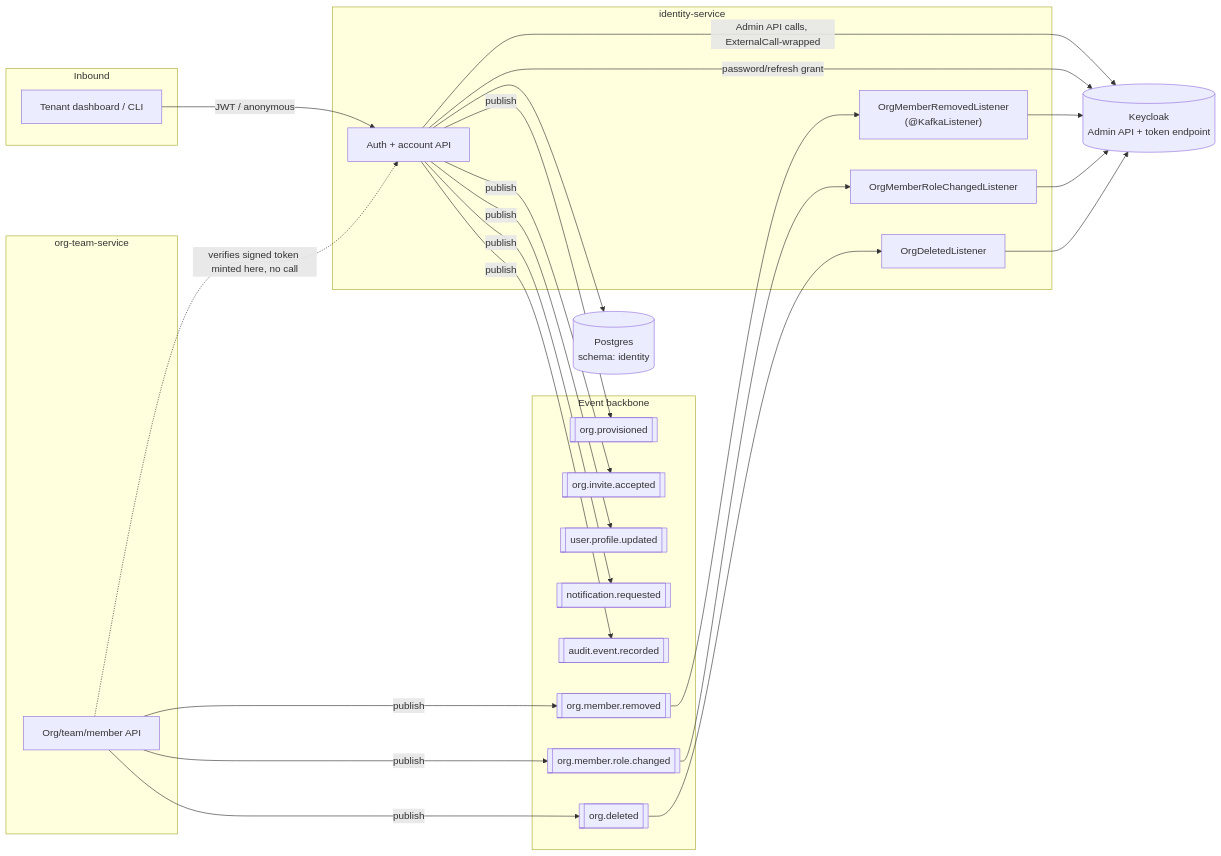
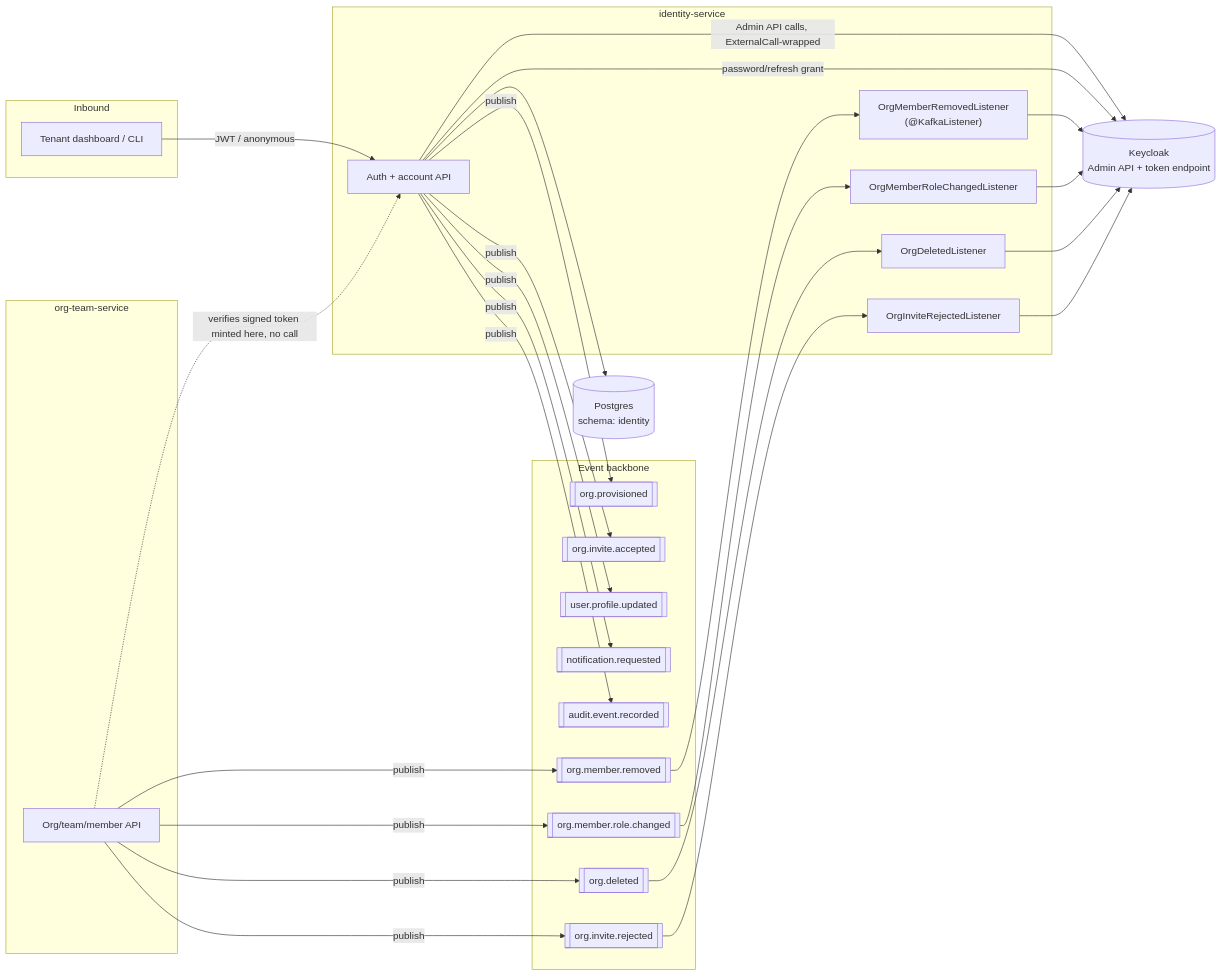
Before and after one commit to Wamitinewton/Pallet.io: the first of 8 diagrams in docs/identity-service/ARCHITECTURE.md, drawn with Mermaid. The commit also changed other lines of this file and 240 other files, not shown here.

````diff
--- a/docs/identity-service/ARCHITECTURE.md
+++ b/docs/identity-service/ARCHITECTURE.md
@@ -99,48 +99,52 @@
 ```mermaid
 flowchart LR
     subgraph Inbound
         FE[Tenant dashboard / CLI]
     end
 
     subgraph IS["identity-service"]
         API[Auth + account API]
         L1["OrgMemberRemovedListener<br/>(@KafkaListener)"]
         L2["OrgMemberRoleChangedListener"]
         L3["OrgDeletedListener"]
+        L4["OrgInviteRejectedListener"]
     end
 
     KC[(Keycloak<br/>Admin API + token endpoint)]
     DB[(Postgres<br/>schema: identity)]
 
     subgraph Backbone["Event backbone"]
         T1[["org.provisioned"]]
         T2[["org.invite.accepted"]]
         T3[["user.profile.updated"]]
         T4[["notification.requested"]]
         T5[["audit.event.recorded"]]
         T6[["org.member.removed"]]
         T7[["org.member.role.changed"]]
         T8[["org.deleted"]]
+        T9[["org.invite.rejected"]]
     end
 
     subgraph OTS["org-team-service"]
         OApi[Org/team/member API]
     end
 
     FE -- JWT / anonymous --> API
     API -- Admin API calls, ExternalCall-wrapped --> KC
     API -- password/refresh grant --> KC
     API --> DB
     API -- publish --> T1
     API -- publish --> T2
     API -- publish --> T3
     API -- publish --> T4
     API -- publish --> T5
     OApi -- publish --> T6
     OApi -- publish --> T7
     OApi -- publish --> T8
+    OApi -- publish --> T9
     T6 --> L1 --> KC
     T7 --> L2 --> KC
     T8 --> L3 --> KC
+    T9 --> L4 --> KC
     OApi -. verifies signed token minted here, no call .-> API
 ```
````
